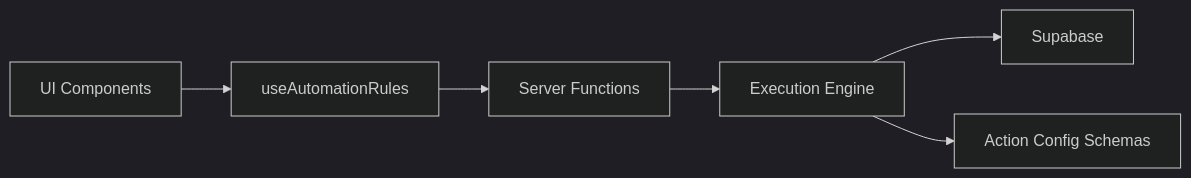
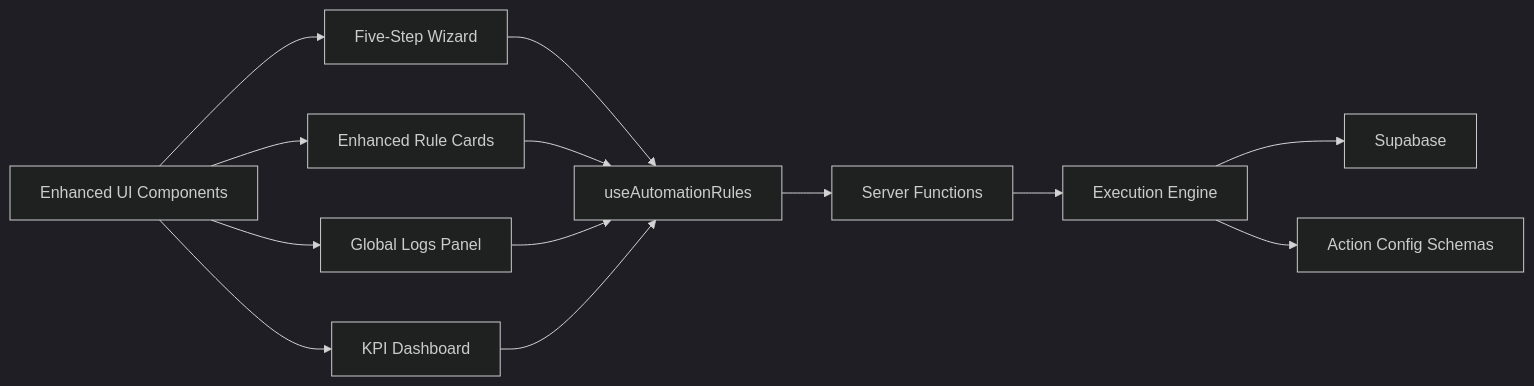
Before and after one commit to gastaldellomarco/pcReady: diagram 11 of 11 in .qoder/repowiki/en/content/Automation System/Automation System.md, drawn with Mermaid (dark theme). The commit also changed other lines of this file and 19 other files, not shown here.

First line of the commit message:
feat(automation): enhance Automation Flow Builder with dual-mode design and advanced UI

````diff
--- a/.qoder/repowiki/en/content/Automation System/Automation System.md
+++ b/.qoder/repowiki/en/content/Automation System/Automation System.md
@@ -357,8 +520,15 @@
 ```mermaid
 graph LR
-UI["UI Components"] --> Hooks["useAutomationRules"]
+UI["Enhanced UI Components"] --> Wizard["Five-Step Wizard"]
+UI --> Cards["Enhanced Rule Cards"]
+UI --> Logs["Global Logs Panel"]
+UI --> KPI["KPI Dashboard"]
+Wizard --> Hooks["useAutomationRules"]
+Cards --> Hooks
+Logs --> Hooks
+KPI --> Hooks
 Hooks --> API["Server Functions"]
 API --> Exec["Execution Engine"]
 Exec --> DB["Supabase"]
 Exec --> Schemas["Action Config Schemas"]
 ```
````
